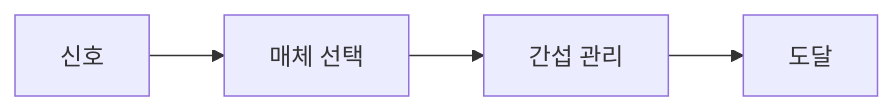
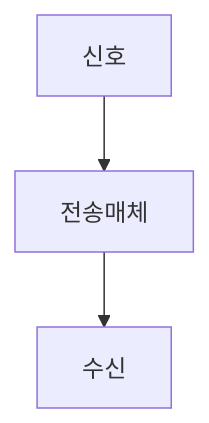
Before and after one commit to umyunsang/edu: the diagram in ComputerScience/04_systems-infrastructure/computer-networks/notes/04. 유선 및 무선 데이터 전송.md, drawn with Mermaid. The commit also changed other lines of this file and 14 other files, not shown here.

````diff
--- a/ComputerScience/04_systems-infrastructure/computer-networks/notes/04. 유선 및 무선 데이터 전송.md
+++ b/ComputerScience/04_systems-infrastructure/computer-networks/notes/04. 유선 및 무선 데이터 전송.md
@@ -16,6 +19,5 @@
 ```mermaid
-flowchart LR
-    A["신호"] --> B["매체 선택"]
-    B --> C["간섭 관리"]
-    C --> D["도달"]
+flowchart TB
+    A[신호] --> B[전송매체]
+    B --> C[수신]
 ```
````
